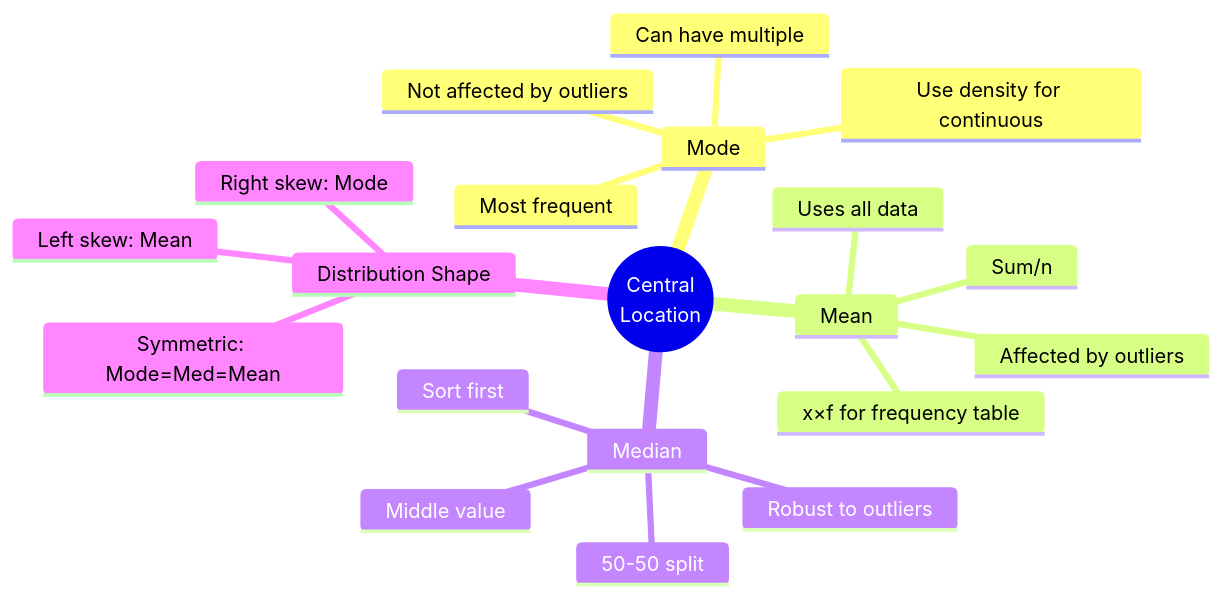
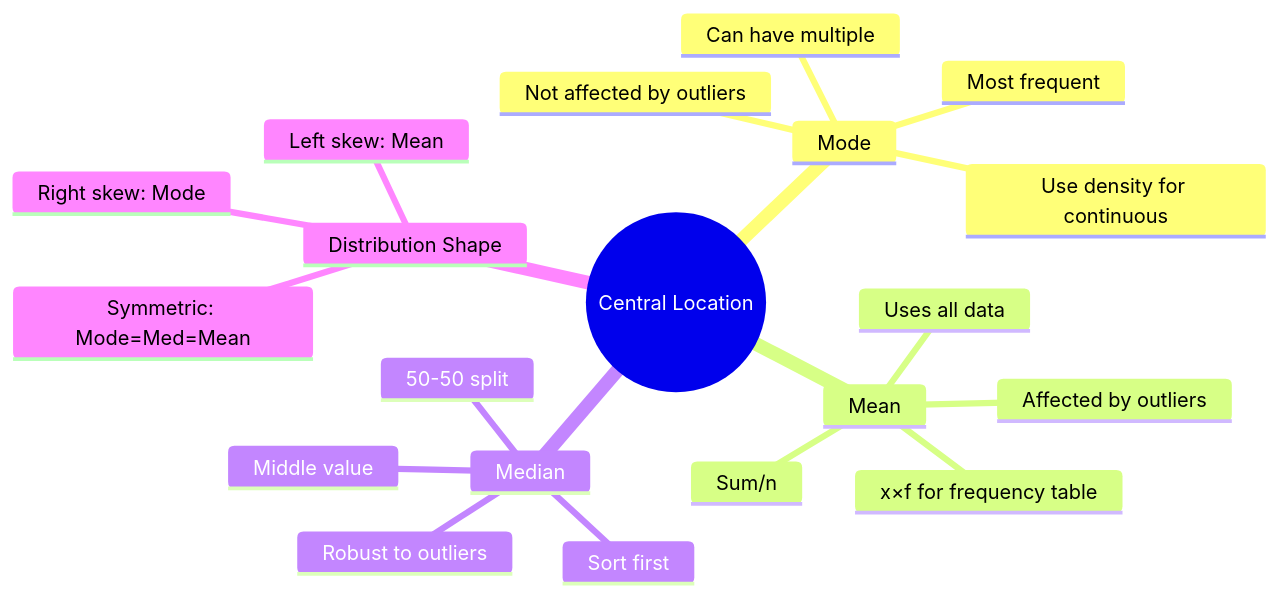
One commit to daxxac/mba-notes changed the fifth of 5 diagrams in docs/research-methods/lecture-03.md. Above: the diagram before and after it, drawn with Mermaid. The commit also changed other lines of this file and 4 other files, not shown here.

First line of the commit message:
Fix Mermaid diagram parsing errors: replace <br/> with spaces

````diff
--- a/docs/research-methods/lecture-03.md
+++ b/docs/research-methods/lecture-03.md
@@ -825,23 +825,23 @@
 ```mermaid
 mindmap
-  root((Central<br/>Location))
+  root((Central Location))
     Mode
       Most frequent
       Not affected by outliers
       Can have multiple
       Use density for continuous
     Mean
       Sum/n
       Uses all data
       Affected by outliers
       x×f for frequency table
     Median
       Middle value
       Sort first
       50-50 split
       Robust to outliers
     Distribution Shape
       Symmetric: Mode=Med=Mean
       Right skew: Mode<Med<Mean
       Left skew: Mean<Med<Mode
 ```
````
